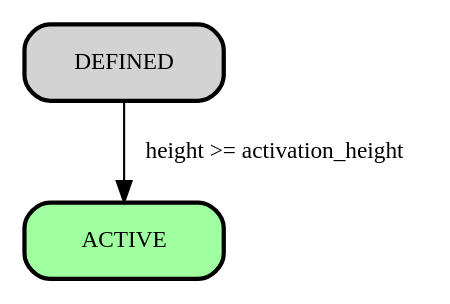
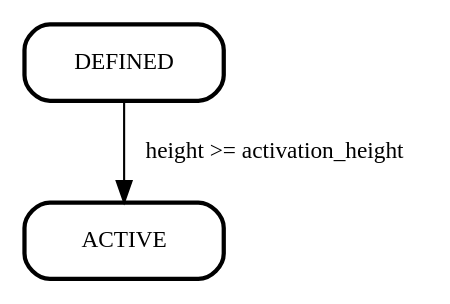
The diagram in taproot/flag.dot (Sjors/nado-book), drawn with Graphviz before and after one commit. The commit also changed 7 other files, not shown here.

```diff
--- a/taproot/flag.dot
+++ b/taproot/flag.dot
@@ -1,11 +1,11 @@
 digraph {
   rankdir=TD;
 
-  node [fontname="lmtt", fontsize=11, fixedsize=true, width=1.3, shape=box, style="rounded,filled,bold"];
+  node [fontname="lmtt", fontsize=11, fixedsize=true, width=1.3, shape=box, style="rounded,bold"];
   edge [fontname="lmtt", fontsize=11];
 
   edge [weight = 100];
   "DEFINED" -> "ACTIVE" [label=" height >= activation_height"];
 
-  "ACTIVE" [fillcolor="#a0ffa0"];
+  "ACTIVE";
 }
```
